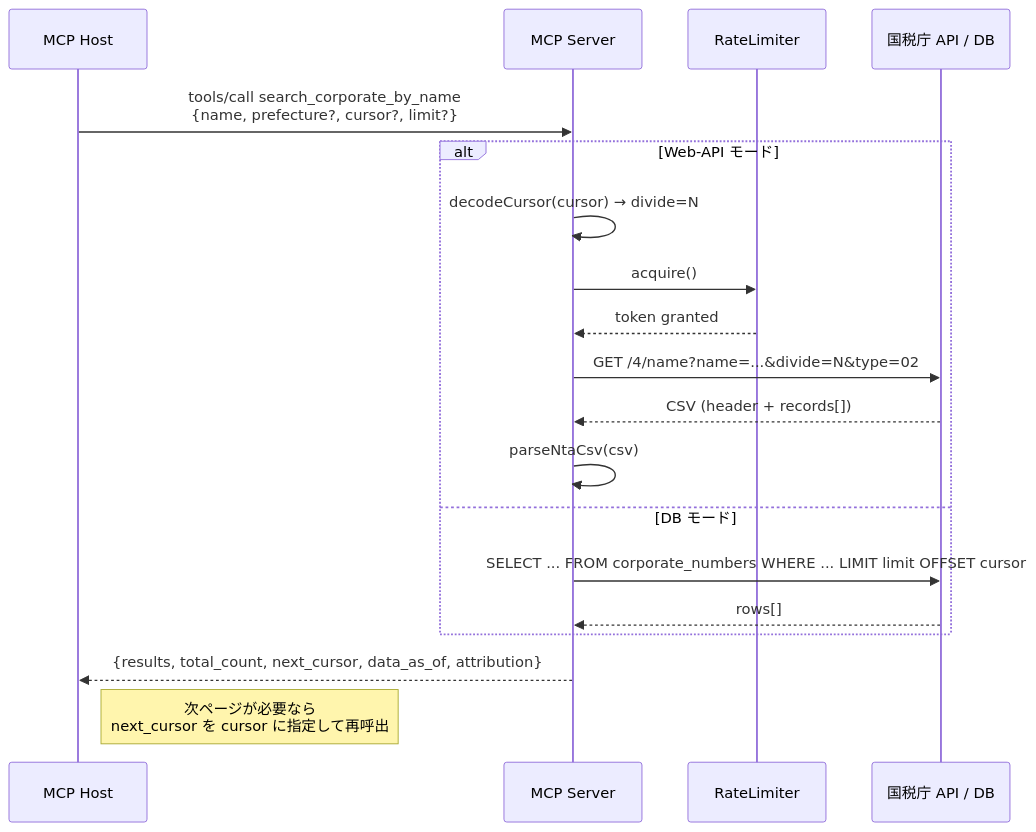
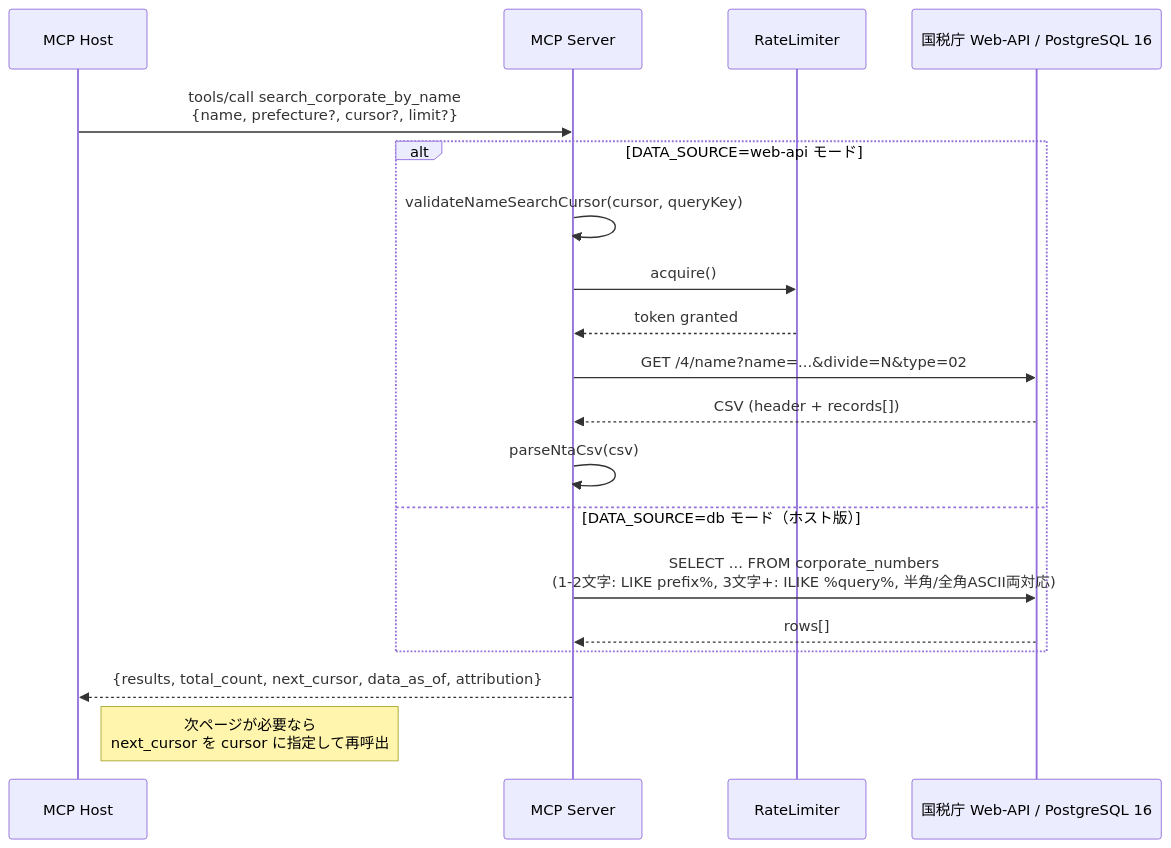
Before and after one commit to SUGUKURU-CO-LTD/mcp-houjin-bangou: the second of 4 diagrams in docs/architecture.md, drawn with Mermaid. The commit also changed other lines of this file and 33 other files, not shown here.

````diff
--- a/docs/architecture.md
+++ b/docs/architecture.md
@@ -74,22 +74,22 @@
 ```mermaid
 sequenceDiagram
   participant C as MCP Host
   participant S as MCP Server
   participant R as RateLimiter
-  participant N as 国税庁 API / DB
+  participant N as 国税庁 Web-API / PostgreSQL 16
 
   C->>S: tools/call search_corporate_by_name<br/>{name, prefecture?, cursor?, limit?}
-  alt Web-API モード
-    S->>S: decodeCursor(cursor) → divide=N
+  alt DATA_SOURCE=web-api モード
+    S->>S: validateNameSearchCursor(cursor, queryKey)
     S->>R: acquire()
     R-->>S: token granted
     S->>N: GET /4/name?name=...&divide=N&type=02
     N-->>S: CSV (header + records[])
     S->>S: parseNtaCsv(csv)
-  else DB モード
-    S->>N: SELECT ... FROM corporate_numbers WHERE ... LIMIT limit OFFSET cursor
+  else DATA_SOURCE=db モード（ホスト版）
+    S->>N: SELECT ... FROM corporate_numbers<br/>(1-2文字: LIKE prefix%, 3文字+: ILIKE %query%, 半角/全角ASCII両対応)
     N-->>S: rows[]
   end
   S-->>C: {results, total_count, next_cursor, data_as_of, attribution}
   Note right of C: 次ページが必要なら<br/>next_cursor を cursor に指定して再呼出
 ```
````
